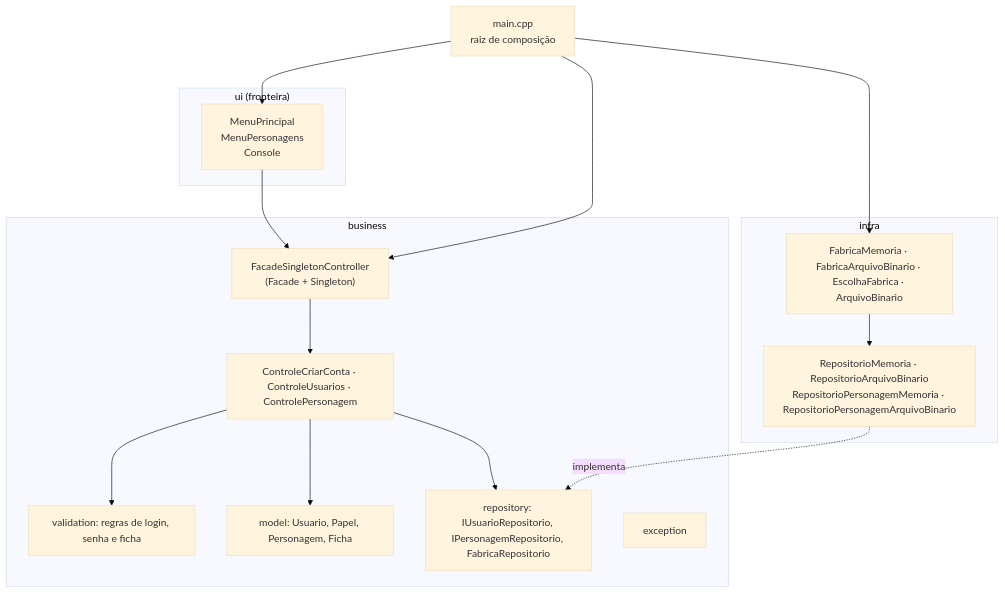
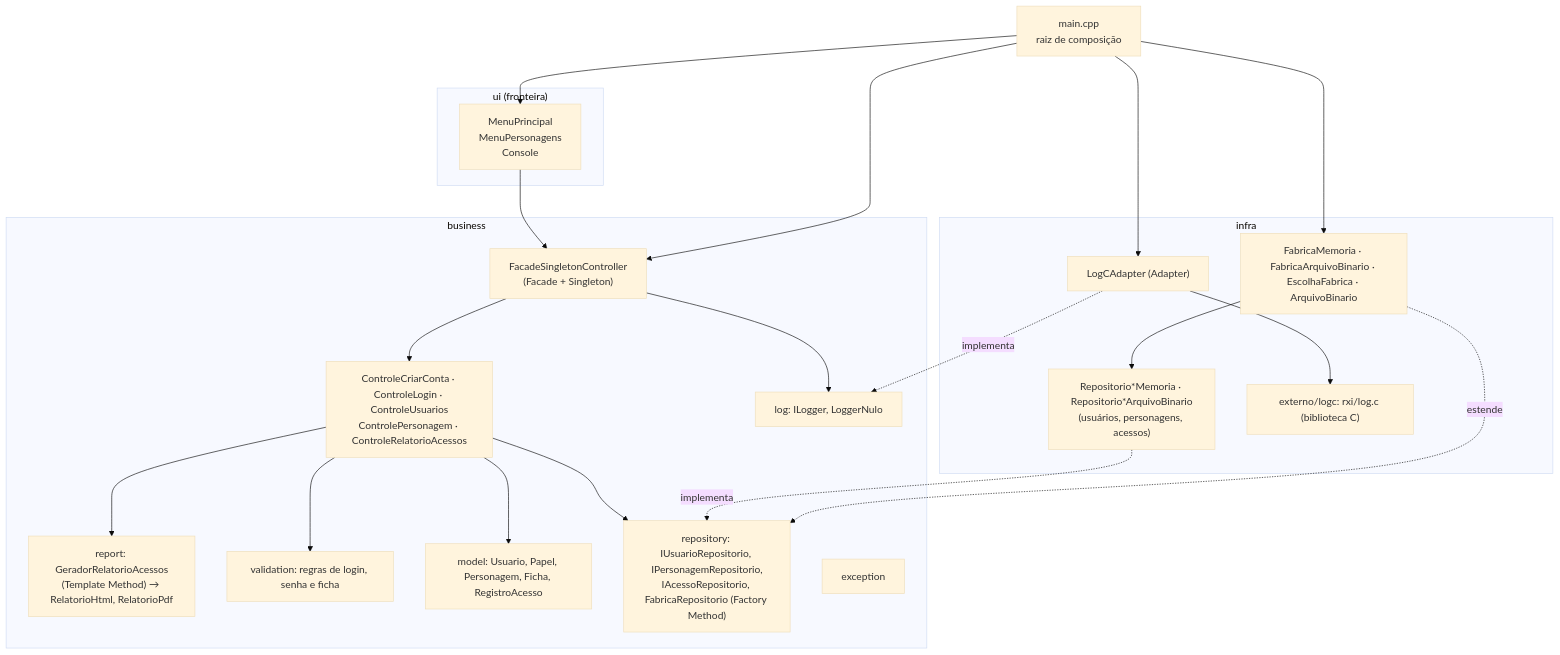
One commit to isac531/Gerenciador_RPG changed the first of 2 diagrams in docs/07-arquitetura/README.md. Above: the diagram before and after it, drawn with Mermaid (base theme). The commit also changed other lines of this file and 21 other files, not shown here.

First line of the commit message:
docs(projeto): documentar Sprint 4 com diagrama S4.1 e tabela de padroes

````diff
--- a/docs/07-arquitetura/README.md
+++ b/docs/07-arquitetura/README.md
@@ -22,30 +22,40 @@
 ```mermaid
 flowchart TB
     subgraph ui["ui (fronteira)"]
         menu["MenuPrincipal<br/>MenuPersonagens<br/>Console"]
     end
     subgraph business["business"]
         fachada["FacadeSingletonController<br/>(Facade + Singleton)"]
-        controles["ControleCriarConta · ControleUsuarios · ControlePersonagem"]
+        controles["ControleCriarConta · ControleLogin · ControleUsuarios<br/>ControlePersonagem · ControleRelatorioAcessos"]
+        relatorios["report: GeradorRelatorioAcessos<br/>(Template Method) → RelatorioHtml, RelatorioPdf"]
         regras["validation: regras de login, senha e ficha"]
-        modelo["model: Usuario, Papel, Personagem, Ficha"]
-        contratos["repository: IUsuarioRepositorio, IPersonagemRepositorio, FabricaRepositorio"]
+        modelo["model: Usuario, Papel, Personagem, Ficha, RegistroAcesso"]
+        contratos["repository: IUsuarioRepositorio, IPersonagemRepositorio,<br/>IAcessoRepositorio, FabricaRepositorio (Factory Method)"]
+        log["log: ILogger, LoggerNulo"]
         excecoes["exception"]
     end
     subgraph infra["infra"]
-        repos["RepositorioMemoria · RepositorioArquivoBinario<br/>RepositorioPersonagemMemoria · RepositorioPersonagemArquivoBinario"]
+        repos["Repositorio*Memoria · Repositorio*ArquivoBinario<br/>(usuários, personagens, acessos)"]
         fabrica["FabricaMemoria · FabricaArquivoBinario · EscolhaFabrica · ArquivoBinario"]
+        adaptador["LogCAdapter (Adapter)"]
+        logc["externo/logc: rxi/log.c (biblioteca C)"]
     end
     main["main.cpp<br/>raiz de composição"]
 
     menu --> fachada
     fachada --> controles
+    fachada --> log
     controles --> regras
     controles --> modelo
     controles --> contratos
+    controles --> relatorios
     repos -. implementa .-> contratos
+    fabrica -. estende .-> contratos
     fabrica --> repos
+    adaptador -. implementa .-> log
+    adaptador --> logc
     main --> menu
     main --> fachada
     main --> fabrica
+    main --> adaptador
 ```
````
